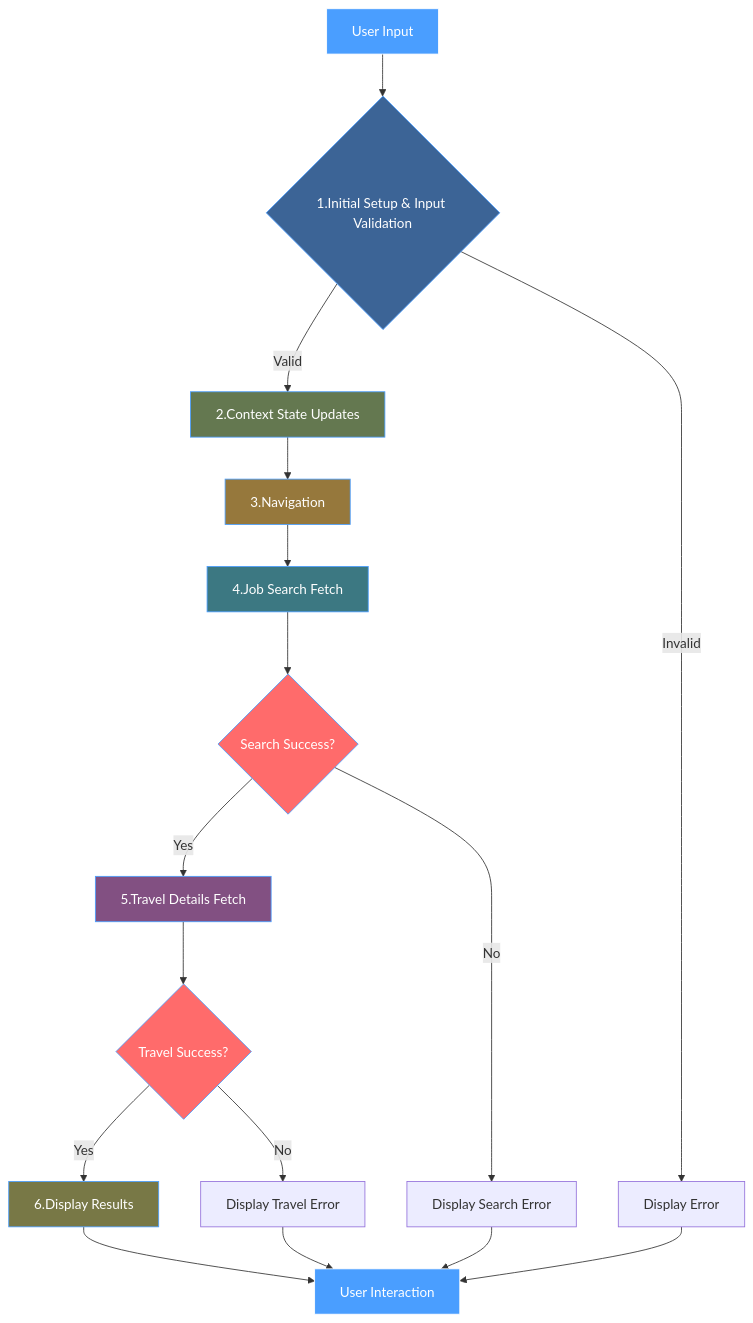
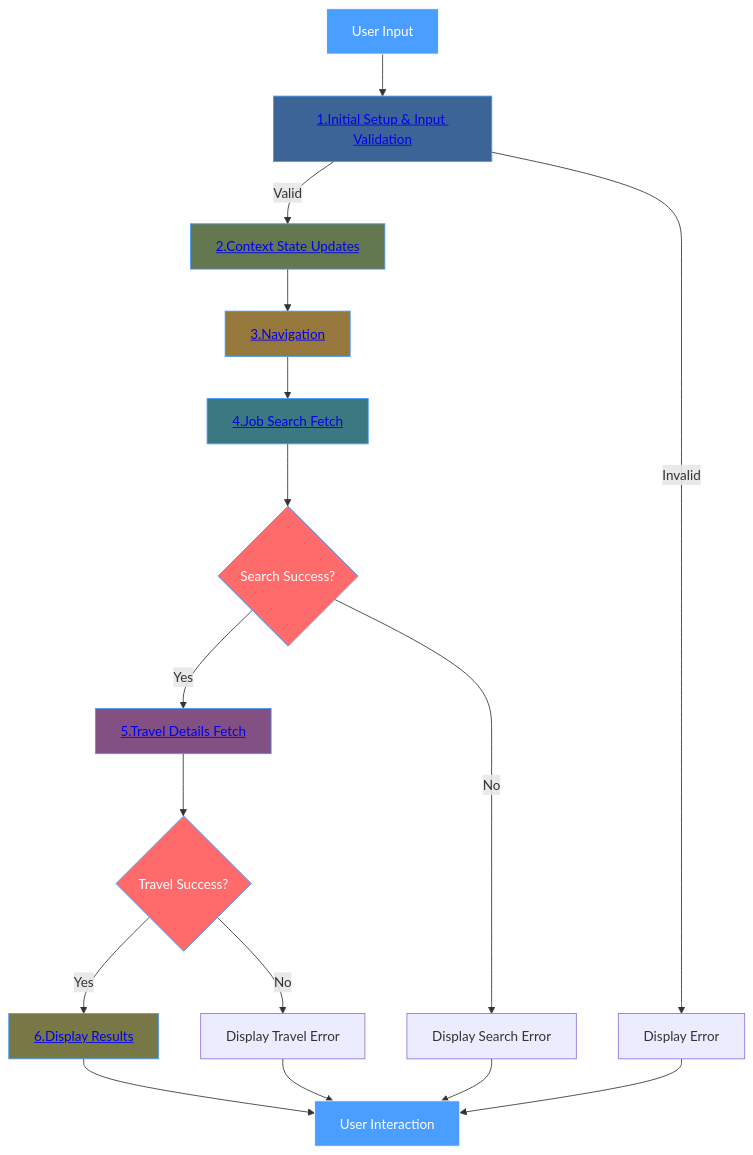
The diagram in documentation/jobFetch/_JobFetchFlowchart.md (YahyaAl-Ademi/2025.10.23-JobCompass), drawn with Mermaid before and after one commit. The commit also changed other lines of this file, not shown here.

Commit message:
Update job fetch flowchart documentation to include clickable phase links and a new phase documentation section for improved navigation and clarity.

````diff
--- a/documentation/jobFetch/_JobFetchFlowchart.md
+++ b/documentation/jobFetch/_JobFetchFlowchart.md
@@ -1,36 +1,29 @@
 ```mermaid
 flowchart TD
-    A[User Input] --> B{1.Initial Setup & Input Validation}
-    B -->|Valid| C[2.Context State Updates]
+    A[User Input] --> B["<a href='#phase-1'>1.Initial Setup & Input Validation</a>"]
+    B -->|Valid| C["<a href='#phase-2'>2.Context State Updates</a>"]
     B -->|Invalid| Z[Display Error]
-    C --> D[3.Navigation]
-    D --> E[4.Job Search Fetch]
+    C --> D["<a href='#phase-3'>3.Navigation</a>"]
+    D --> E["<a href='#phase-4'>4.Job Search Fetch</a>"]
     E --> F{Search Success?}
-    F -->|Yes| G[5.Travel Details Fetch]
+    F -->|Yes| G["<a href='#phase-5'>5.Travel Details Fetch</a>"]
     F -->|No| H[Display Search Error]
     G --> I{Travel Success?}
-    I -->|Yes| J[6.Display Results]
+    I -->|Yes| J["<a href='#phase-6'>6.Display Results</a>"]
     I -->|No| K[Display Travel Error]
     J --> L[User Interaction]
     H --> L
     K --> L
     Z --> L
 
     style A fill:#4a9eff,stroke:#fff,color:#fff
     style B fill:#3c6496,stroke:#4a9eff,color:#fff
     style C fill:#647850,stroke:#4a9eff,color:#fff
     style D fill:#96783c,stroke:#4a9eff,color:#fff
     style E fill:#3c7882,stroke:#4a9eff,color:#fff
     style F fill:#ff6b6b,stroke:#4a9eff,color:#fff
     style G fill:#825082,stroke:#4a9eff,color:#fff
     style I fill:#ff6b6b,stroke:#4a9eff,color:#fff
     style J fill:#787846,stroke:#4a9eff,color:#fff
     style L fill:#4a9eff,stroke:#fff,color:#fff
-
-    click B "./1.Initial%20Setup%20&%20Input%20Validation.md" "View Phase 1 Details"
-    click C "./2.Context%20State%20Updates.md" "View Phase 2 Details"
-    click D "./3.Navigation.md" "View Phase 3 Details"
-    click E "./4.Job%20Search%20Fetch.md" "View Phase 4 Details"
-    click G "./5.Travel%20Details%20Fetch.md" "View Phase 5 Details"
-    click J "./6.Display%20Results.md" "View Phase 6 Details"
 ```
````
